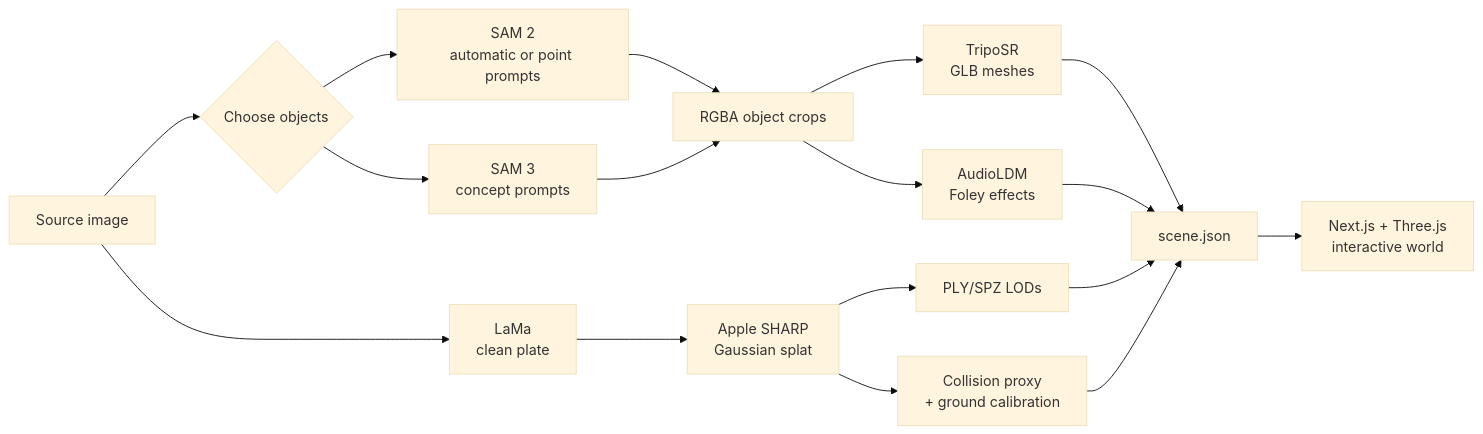
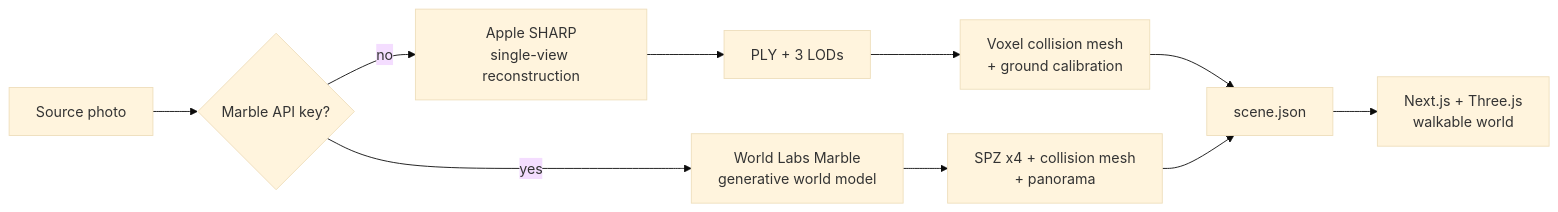
One commit to TingdeLiu/Image2world changed the diagram in README.md. Above: the diagram before and after it, drawn with Mermaid (base theme). The commit also changed other lines of this file, not shown here.

````diff
--- a/README.md
+++ b/README.md
@@ -75,19 +76,12 @@
 ```mermaid
 flowchart LR
-    A["Source image"] --> B{"Choose objects"}
-    B --> C["SAM 2<br/>automatic or point prompts"]
-    B --> D["SAM 3<br/>concept prompts"]
-    C --> E["RGBA object crops"]
-    D --> E
-    E --> F["TripoSR<br/>GLB meshes"]
-    E --> G["AudioLDM<br/>Foley effects"]
-    A --> H["LaMa<br/>clean plate"]
-    H --> I["Apple SHARP<br/>Gaussian splat"]
-    I --> J["PLY/SPZ LODs"]
-    I --> M["Collision proxy<br/>+ ground calibration"]
-    F --> K["scene.json"]
-    G --> K
-    J --> K
-    M --> K
-    K --> L["Next.js + Three.js<br/>interactive world"]
+    A["Source photo"] --> B{"Marble API key?"}
+    B -->|"no"| C["Apple SHARP<br/>single-view reconstruction"]
+    B -->|"yes"| D["World Labs Marble<br/>generative world model"]
+    C --> E["PLY + 3 LODs"]
+    E --> F["Voxel collision mesh<br/>+ ground calibration"]
+    D --> G["SPZ x4 + collision mesh<br/>+ panorama"]
+    F --> H["scene.json"]
+    G --> H
+    H --> I["Next.js + Three.js<br/>walkable world"]
 ```
````
